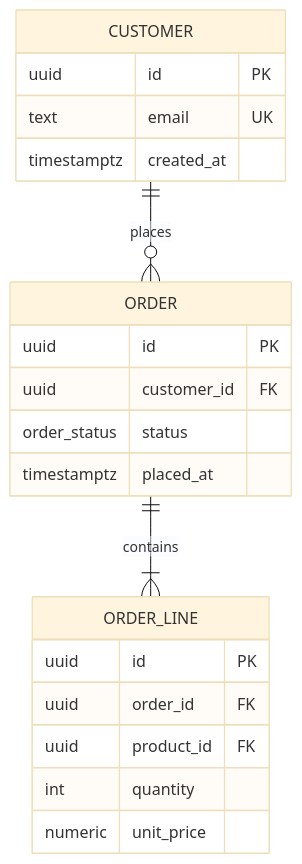
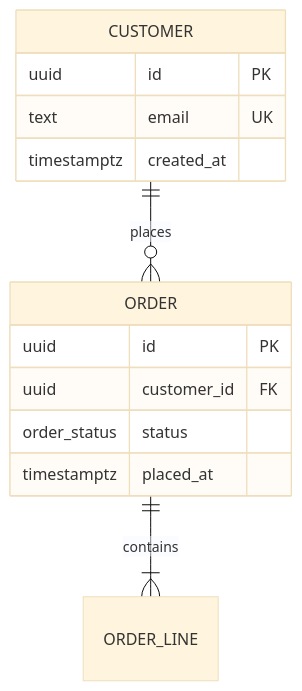
The diagram in skills/db-normalisation/SKILL.md (MegaByteMark/skills-to-pay-the-ai-bills), drawn with Mermaid (base theme) before and after one commit. The commit also changed other lines of this file and 26 other files, not shown here.

````diff
--- a/skills/db-normalisation/SKILL.md
+++ b/skills/db-normalisation/SKILL.md
@@ -84,23 +77,16 @@
 ```mermaid
 erDiagram
     CUSTOMER ||--o{ ORDER : places
     ORDER ||--|{ ORDER_LINE : contains
     CUSTOMER {
         uuid id PK
         text email UK
         timestamptz created_at
     }
     ORDER {
         uuid id PK
         uuid customer_id FK
         order_status status
         timestamptz placed_at
     }
-    ORDER_LINE {
-        uuid id PK
-        uuid order_id FK
-        uuid product_id FK
-        int quantity
-        numeric unit_price
-    }
 ```
````
